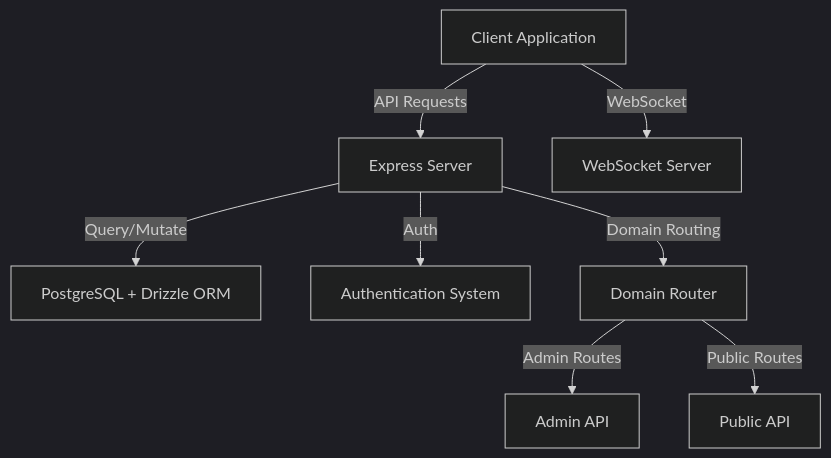
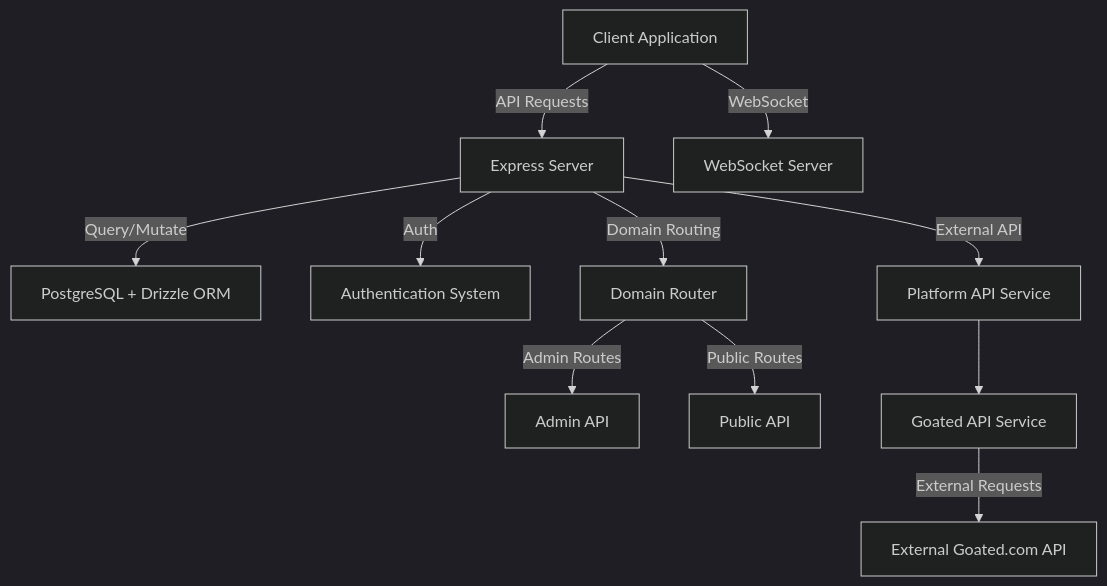
The first of 7 diagrams in client/src/components/memory-bank/systemPatterns.md (GNARC0TICS/GoatedVips), drawn with Mermaid (dark theme) before and after one commit. The commit also changed other lines of this file and 9 other files, not shown here.

First line of the commit message:
Refactor API communication with a two-service architecture for improved resilience and error handling.

````diff
--- a/client/src/components/memory-bank/systemPatterns.md
+++ b/client/src/components/memory-bank/systemPatterns.md
@@ -7,10 +7,13 @@
 ```mermaid
 flowchart TD
     Client[Client Application] --> |API Requests| Server[Express Server]
     Client --> |WebSocket| WS[WebSocket Server]
     Server --> |Query/Mutate| DB[PostgreSQL + Drizzle ORM]
     Server --> |Auth| Auth[Authentication System]
     Server --> |Domain Routing| DR[Domain Router]
     DR --> |Admin Routes| Admin[Admin API]
     DR --> |Public Routes| Public[Public API]
+    Server --> |External API| PlatformAPI[Platform API Service]
+    PlatformAPI --> GoatedAPI[Goated API Service]
+    GoatedAPI --> |External Requests| ExternalAPI[External Goated.com API]
 ```
````
